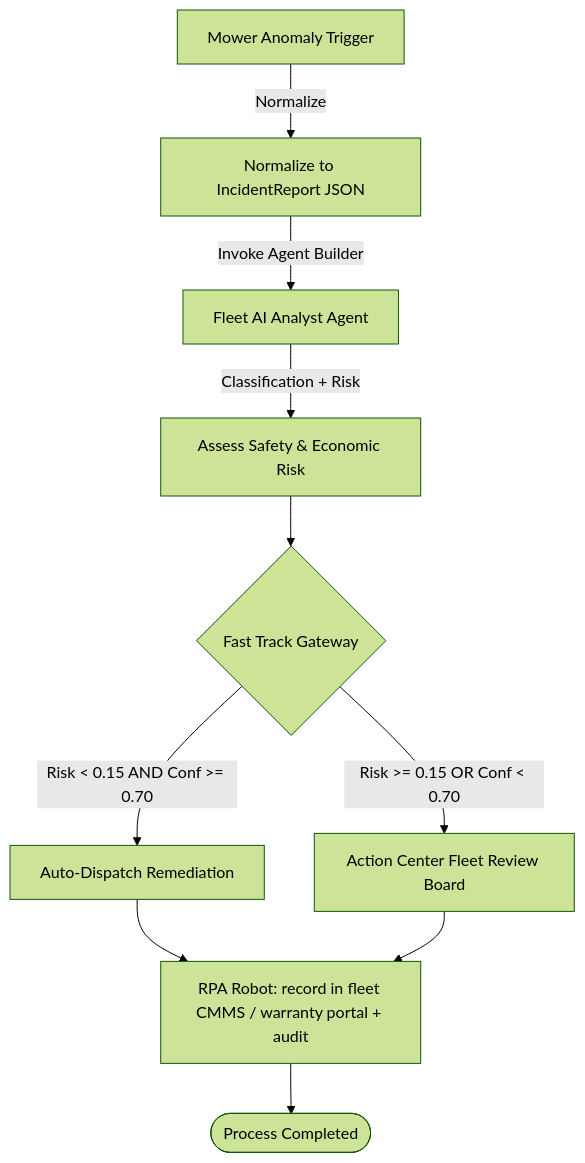
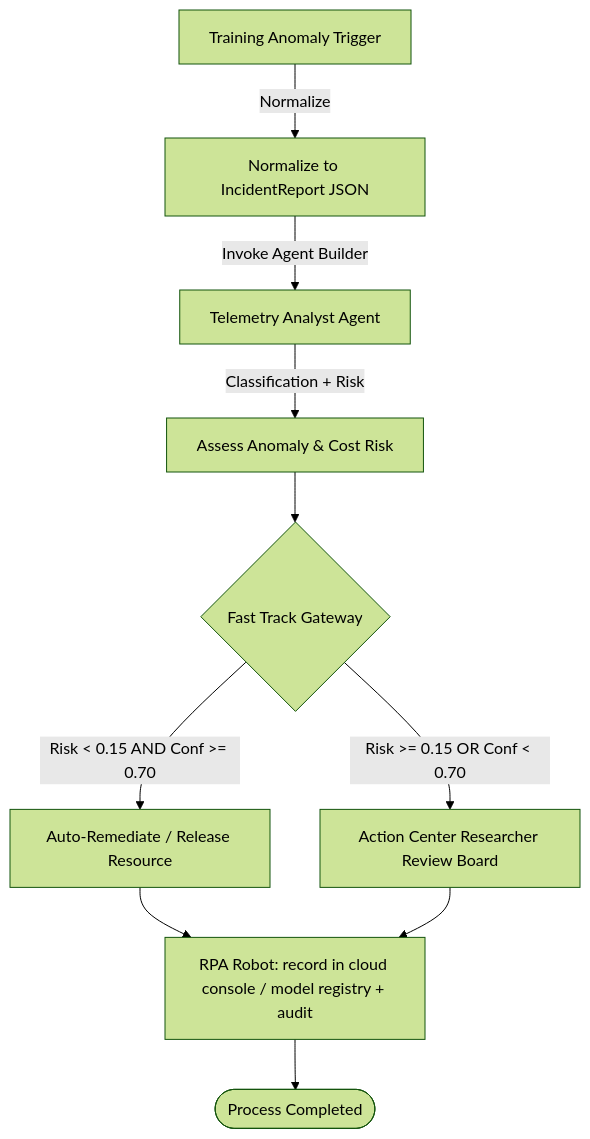
The diagram in artifacts/container1/README.md (ForenlyAI/uipath-maestro-ecm), drawn with Mermaid (forest theme) before and after one commit. The commit also changed other lines of this file and 52 other files, not shown here.

First line of the commit message:
Rebrand to Training Fleet & Cloud Resource Manager (GPU/humanoid-RL)

````diff
--- a/artifacts/container1/README.md
+++ b/artifacts/container1/README.md
@@ -21,15 +21,15 @@
 ```mermaid
 graph TD
-    Trigger[Mower Anomaly Trigger] -->|Normalize| Norm[Normalize to IncidentReport JSON]
-    Norm -->|Invoke Agent Builder| AI[Fleet AI Analyst Agent]
-    AI -->|Classification + Risk| Risk[Assess Safety & Economic Risk]
+    Trigger[Training Anomaly Trigger] -->|Normalize| Norm[Normalize to IncidentReport JSON]
+    Norm -->|Invoke Agent Builder| AI[Telemetry Analyst Agent]
+    AI -->|Classification + Risk| Risk[Assess Anomaly & Cost Risk]
 
     Risk --> Gate{Fast Track Gateway}
 
-    Gate -->|Risk < 0.15 AND Conf >= 0.70| Auto[Auto-Dispatch Remediation]
-    Gate -->|Risk >= 0.15 OR Conf < 0.70| HITL[Action Center Fleet Review Board]
+    Gate -->|Risk < 0.15 AND Conf >= 0.70| Auto[Auto-Remediate / Release Resource]
+    Gate -->|Risk >= 0.15 OR Conf < 0.70| HITL[Action Center Researcher Review Board]
 
-    Auto --> RPA[RPA Robot: record in fleet CMMS / warranty portal + audit]
+    Auto --> RPA[RPA Robot: record in cloud console / model registry + audit]
     HITL --> RPA
     RPA --> End([Process Completed])
 ```
````
